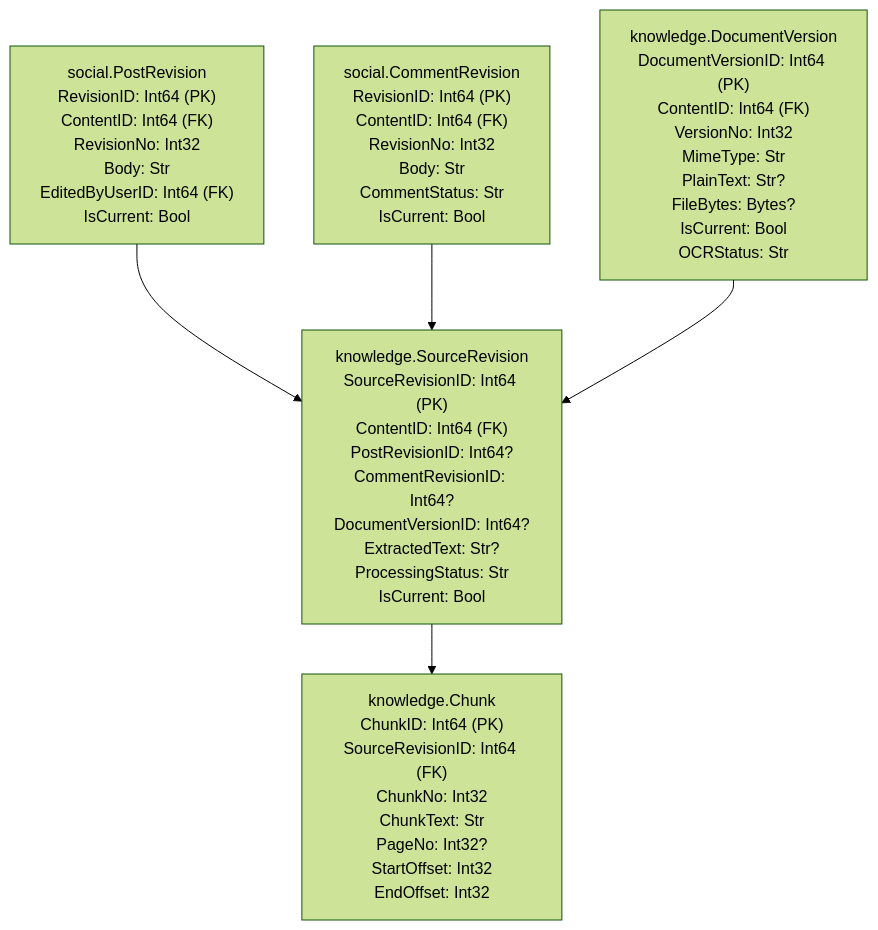
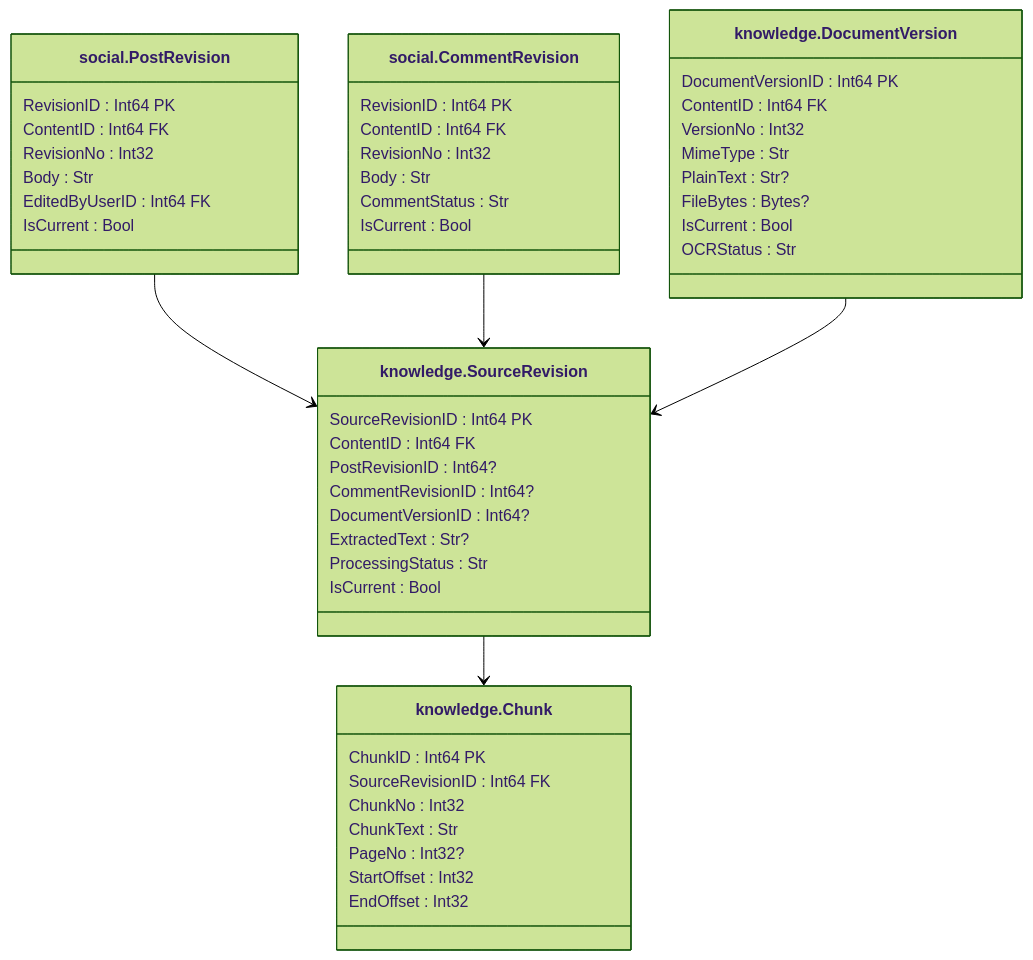
The seventh of 15 diagrams in 03SQL-CourseWork/architecture/database-model.md (lkeey/BIVT-labs), drawn with Mermaid (forest theme) before and after one commit. The commit also changed other lines of this file, not shown here.

Commit message:
docs: center database table titles in diagrams

```diff
--- a/03SQL-CourseWork/architecture/database-model.md
+++ b/03SQL-CourseWork/architecture/database-model.md
@@ -94,12 +254,53 @@
 ~~~mermaid
-flowchart TB
-    P["social.PostRevision<br/>RevisionID: Int64 (PK)<br/>ContentID: Int64 (FK)<br/>RevisionNo: Int32<br/>Body: Str<br/>EditedByUserID: Int64 (FK)<br/>IsCurrent: Bool"]
-    C["social.CommentRevision<br/>RevisionID: Int64 (PK)<br/>ContentID: Int64 (FK)<br/>RevisionNo: Int32<br/>Body: Str<br/>CommentStatus: Str<br/>IsCurrent: Bool"]
-    D["knowledge.DocumentVersion<br/>DocumentVersionID: Int64 (PK)<br/>ContentID: Int64 (FK)<br/>VersionNo: Int32<br/>MimeType: Str<br/>PlainText: Str?<br/>FileBytes: Bytes?<br/>IsCurrent: Bool<br/>OCRStatus: Str"]
-    S["knowledge.SourceRevision<br/>SourceRevisionID: Int64 (PK)<br/>ContentID: Int64 (FK)<br/>PostRevisionID: Int64?<br/>CommentRevisionID: Int64?<br/>DocumentVersionID: Int64?<br/>ExtractedText: Str?<br/>ProcessingStatus: Str<br/>IsCurrent: Bool"]
-    K["knowledge.Chunk<br/>ChunkID: Int64 (PK)<br/>SourceRevisionID: Int64 (FK)<br/>ChunkNo: Int32<br/>ChunkText: Str<br/>PageNo: Int32?<br/>StartOffset: Int32<br/>EndOffset: Int32"]
+classDiagram
+    direction TB
+    class P["social.PostRevision"] {
+        RevisionID : Int64 PK
+        ContentID : Int64 FK
+        RevisionNo : Int32
+        Body : Str
+        EditedByUserID : Int64 FK
+        IsCurrent : Bool
+    }
+    class C["social.CommentRevision"] {
+        RevisionID : Int64 PK
+        ContentID : Int64 FK
+        RevisionNo : Int32
+        Body : Str
+        CommentStatus : Str
+        IsCurrent : Bool
+    }
+    class D["knowledge.DocumentVersion"] {
+        DocumentVersionID : Int64 PK
+        ContentID : Int64 FK
+        VersionNo : Int32
+        MimeType : Str
+        PlainText : Str?
+        FileBytes : Bytes?
+        IsCurrent : Bool
+        OCRStatus : Str
+    }
+    class S["knowledge.SourceRevision"] {
+        SourceRevisionID : Int64 PK
+        ContentID : Int64 FK
+        PostRevisionID : Int64?
+        CommentRevisionID : Int64?
+        DocumentVersionID : Int64?
+        ExtractedText : Str?
+        ProcessingStatus : Str
+        IsCurrent : Bool
+    }
+    class K["knowledge.Chunk"] {
+        ChunkID : Int64 PK
+        SourceRevisionID : Int64 FK
+        ChunkNo : Int32
+        ChunkText : Str
+        PageNo : Int32?
+        StartOffset : Int32
+        EndOffset : Int32
+    }
     P --> S
     C --> S
     D --> S
     S --> K
 ~~~
```
